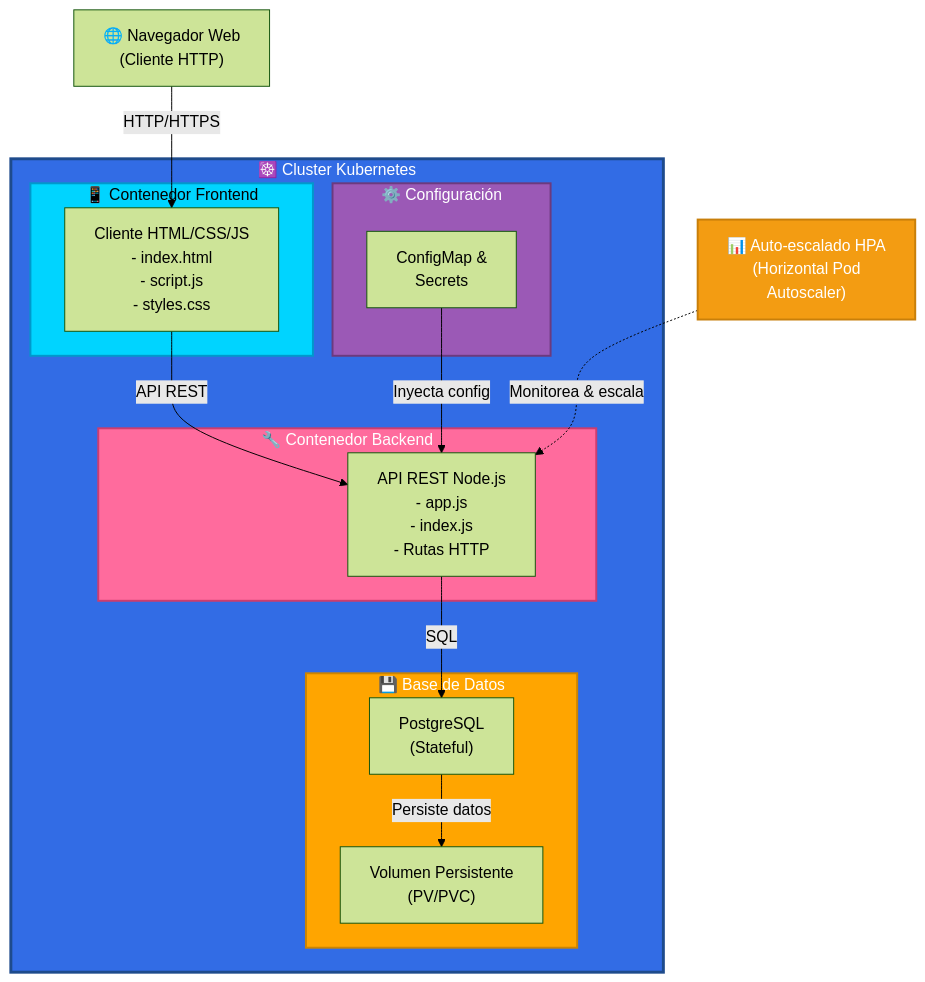
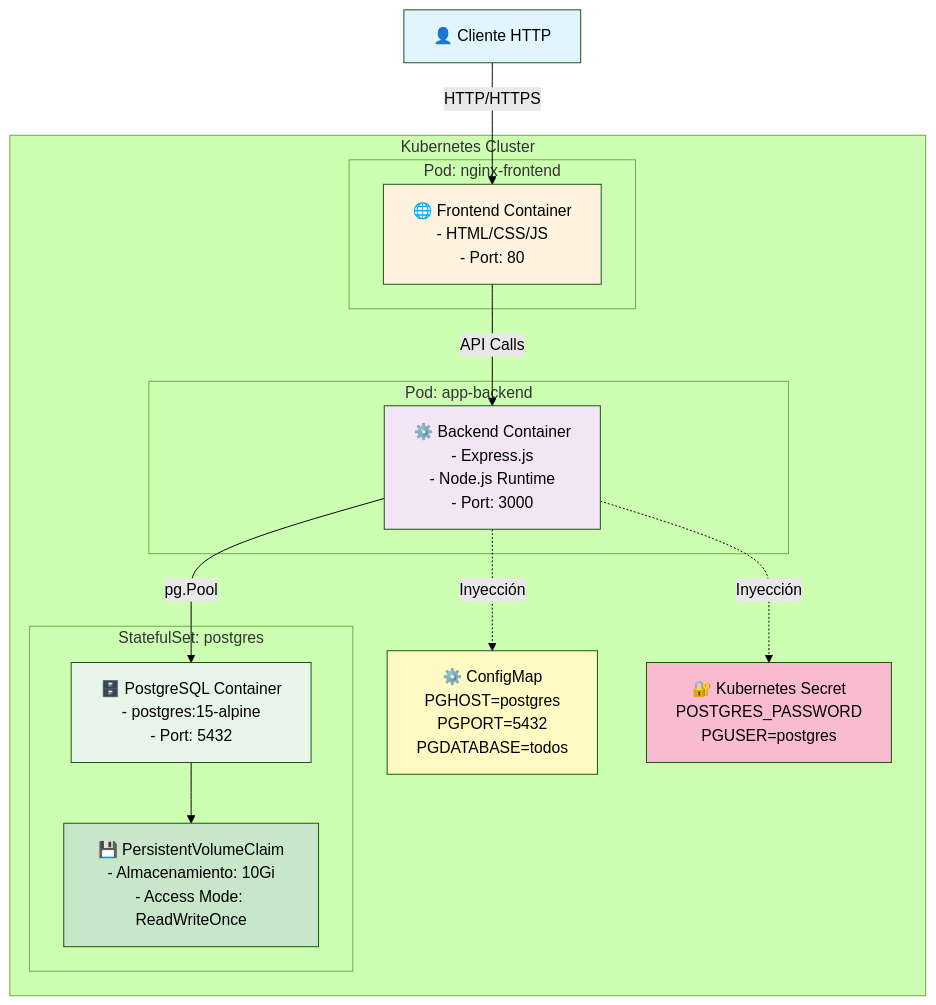
Before and after one commit to ch1fl1n/Patrones-Arqui: the second of 3 diagrams in README.md, drawn with Mermaid (forest theme). The commit also changed other lines of this file and 10 other files, not shown here.

````diff
--- a/README.md
+++ b/README.md
@@ -48,39 +43,38 @@
 ```mermaid
 graph
-    Browser["🌐 Navegador Web<br/>(Cliente HTTP)"]
+    Client["👤 Cliente HTTP"]
     
-    subgraph Kubernetes["☸️ Cluster Kubernetes"]
-        subgraph Frontend["📱 Contenedor Frontend"]
-            FE["Cliente HTML/CSS/JS<br/>- index.html<br/>- script.js<br/>- styles.css"]
+    subgraph K8s["Kubernetes Cluster"]
+        subgraph FrontendPod["Pod: nginx-frontend"]
+            Frontend["🌐 Frontend Container<br/>- HTML/CSS/JS<br/>- Port: 80"]
         end
         
-        subgraph Backend["🔧 Contenedor Backend"]
-            API["API REST Node.js<br/>- app.js<br/>- index.js<br/>- Rutas HTTP"]
+        subgraph BackendPod["Pod: app-backend"]
+            Backend["⚙️ Backend Container<br/>- Express.js<br/>- Node.js Runtime<br/>- Port: 3000"]
         end
         
-        subgraph Database["💾 Base de Datos"]
-            DB["PostgreSQL<br/>(Stateful)"]
-            PV["Volumen Persistente<br/>(PV/PVC)"]
+        subgraph DBStatefulSet["StatefulSet: postgres"]
+            DB["🗄️ PostgreSQL Container<br/>- postgres:15-alpine<br/>- Port: 5432"]
+            PVC["💾 PersistentVolumeClaim<br/>- Almacenamiento: 10Gi<br/>- Access Mode: ReadWriteOnce"]
         end
         
-        subgraph Config["⚙️ Configuración"]
-            ConfigMap["ConfigMap &amp;<br/>Secrets"]
-        end
+        CM["⚙️ ConfigMap<br/>PGHOST=postgres<br/>PGPORT=5432<br/>PGDATABASE=todos"]
+        
+        Secret["🔐 Kubernetes Secret<br/>POSTGRES_PASSWORD<br/>PGUSER=postgres"]
     end
     
-    HPA["📊 Auto-escalado HPA<br/>(Horizontal Pod<br/>Autoscaler)"]
+    Client -->|HTTP/HTTPS| Frontend
+    Frontend -->|API Calls| Backend
+    Backend -->|pg.Pool| DB
+    Backend -.->|Inyección| CM
+    Backend -.->|Inyección| Secret
+    DB --> PVC
     
-    Browser -->|HTTP/HTTPS| FE
-    FE -->|API REST| API
-    API -->|SQL| DB
-    DB -->|Persiste datos| PV
-    ConfigMap -->|Inyecta config| API
-    HPA -.->|Monitorea &amp; escala| API
-    
-    style Kubernetes fill:#326CE5,stroke:#1E4B8C,stroke-width:3px,color:#fff
-    style Frontend fill:#00D4FF,stroke:#0099CC,stroke-width:2px,color:#000
-    style Backend fill:#FF6B9D,stroke:#CC3D6F,stroke-width:2px,color:#fff
-    style Database fill:#FFA500,stroke:#CC8400,stroke-width:2px,color:#fff
-    style Config fill:#9B59B6,stroke:#6C3A7E,stroke-width:2px,color:#fff
-    style HPA fill:#F39C12,stroke:#C87F0A,stroke-width:2px,color:#fff
+    style Client fill:#e1f5ff
+    style Frontend fill:#fff3e0
+    style Backend fill:#f3e5f5
+    style DB fill:#e8f5e9
+    style PVC fill:#c8e6c9
+    style CM fill:#fff9c4
+    style Secret fill:#f8bbd0
 ```
````
